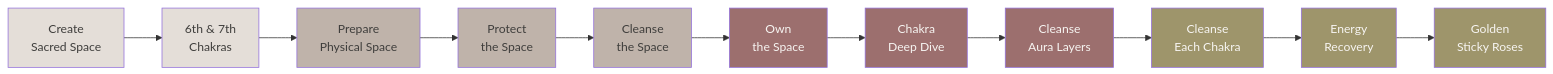
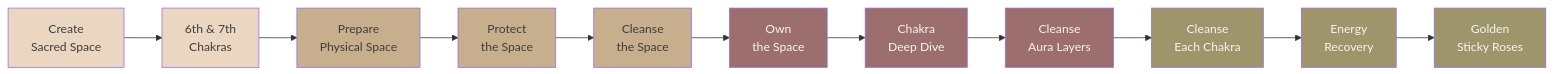
One commit to Light-Brands/roses-os changed diagram 17 of 28 in docs/brand/brand-dna.md. Above: the diagram before and after it, drawn with Mermaid. The commit also changed other lines of this file and 2 other files, not shown here.

````diff
--- a/docs/brand/brand-dna.md
+++ b/docs/brand/brand-dna.md
@@ -943,25 +943,25 @@
 ```mermaid
 graph LR
     A["Create<br/>Sacred Space"] --> B["6th & 7th<br/>Chakras"]
     B --> C["Prepare<br/>Physical Space"]
     C --> D["Protect<br/>the Space"]
     D --> E["Cleanse<br/>the Space"]
     E --> F["Own<br/>the Space"]
     F --> G["Chakra<br/>Deep Dive"]
     G --> H["Cleanse<br/>Aura Layers"]
     H --> I["Cleanse<br/>Each Chakra"]
     I --> J["Energy<br/>Recovery"]
     J --> K["Golden<br/>Sticky Roses"]
 
-    style A fill:#E4DED8,color:#3F3E3C
-    style B fill:#E4DED8,color:#3F3E3C
-    style C fill:#BFB3AA,color:#3F3E3C
-    style D fill:#BFB3AA,color:#3F3E3C
-    style E fill:#BFB3AA,color:#3F3E3C
+    style A fill:#EBD6C1,color:#3F3E3C
+    style B fill:#EBD6C1,color:#3F3E3C
+    style C fill:#C7AE8C,color:#3F3E3C
+    style D fill:#C7AE8C,color:#3F3E3C
+    style E fill:#C7AE8C,color:#3F3E3C
     style F fill:#9C6F6E,color:#F7F5F2
     style G fill:#9C6F6E,color:#F7F5F2
     style H fill:#9C6F6E,color:#F7F5F2
     style I fill:#9E956B,color:#F7F5F2
     style J fill:#9E956B,color:#F7F5F2
     style K fill:#9E956B,color:#F7F5F2
 ```
````
